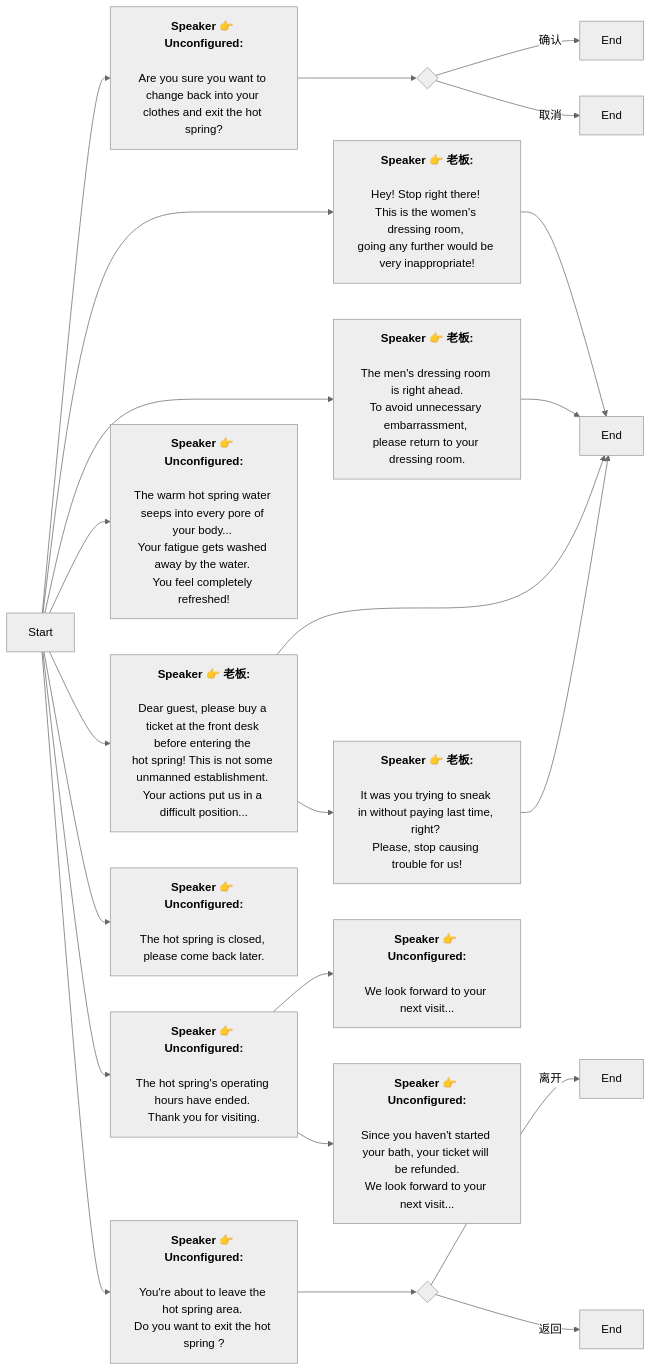
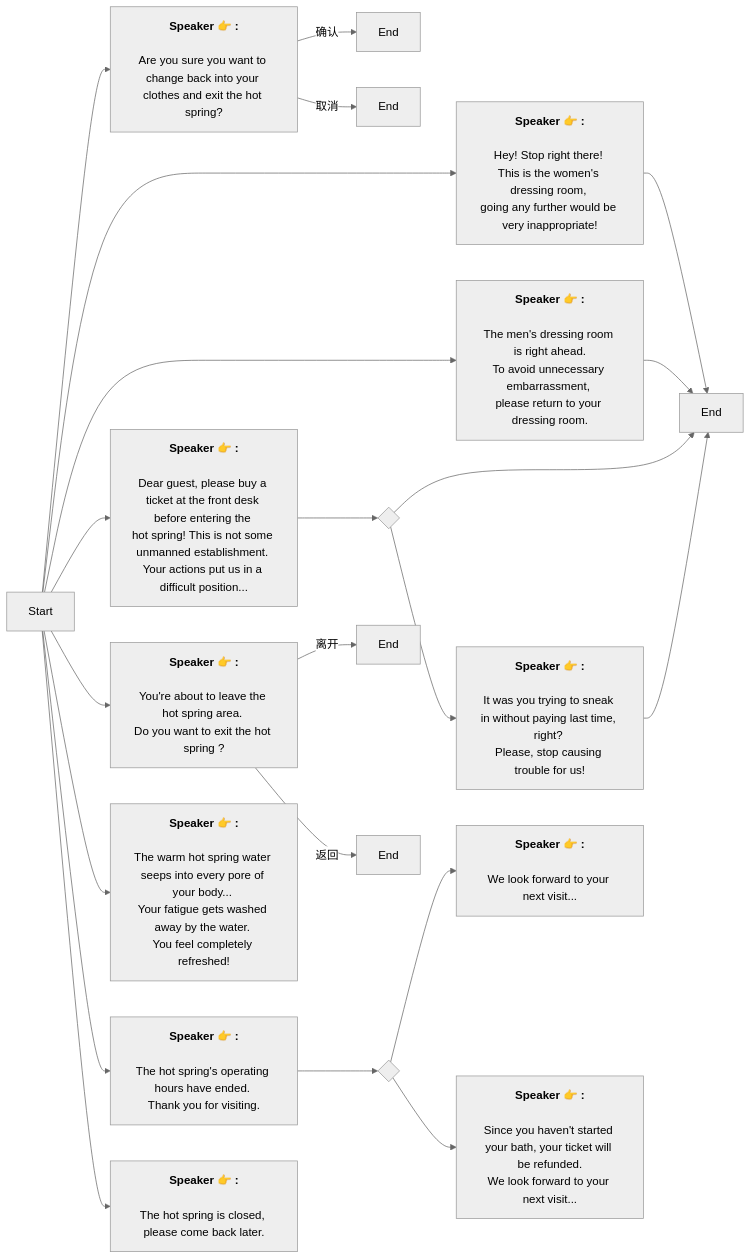
One commit to SoftHu/tos_avg changed the diagram in Zh/HotSpringTip.md. Above: the diagram before and after it, drawn with Mermaid (neutral theme). The commit also changed 737 other files, not shown here.

````diff
--- a/Zh/HotSpringTip.md
+++ b/Zh/HotSpringTip.md
@@ -1,60 +1,48 @@
 ```mermaid
 graph LR
-Start -->1766836454846372[<b>Speaker 👉 Unconfigured:</b>
-
-Are you sure you want to change back into your 
+Start -->1766836454846372[<b>Speaker 👉 :</b>
+\nAre you sure you want to change back into your 
 clothes and exit the hot spring?]
-1766836454846372 -->1766836545220517{ }
-1766836545220517 -->|确认|1766836562522026[End]
-1766836545220517 -->|取消|1766836566630315[End]
-Start -->1766852287585140[<b>Speaker 👉 老板:</b>
-
-Hey! Stop right there! 
+1766836454846372 -->|确认|1766836562522026[End]
+1766836454846372 -->|取消|1766836566630315[End]
+Start -->1766852287585140[<b>Speaker 👉 :</b>
+\nHey! Stop right there! 
 This is the women's dressing room, 
 going any further would be very inappropriate!]
 1766852287585140 -->1766852287585141[End]
-Start -->1766852287586167[<b>Speaker 👉 老板:</b>
-
-The men's dressing room is right ahead.
+Start -->1766852287586167[<b>Speaker 👉 :</b>
+\nThe men's dressing room is right ahead.
 To avoid unnecessary embarrassment, 
 please return to your dressing room.]
 1766852287586167 -->1766852287585141[End]
-Start -->1766852287587193[<b>Speaker 👉 老板:</b>
-
-Dear guest, please buy a ticket at the front desk before entering the 
+Start -->1766852287587193[<b>Speaker 👉 :</b>
+\nDear guest, please buy a ticket at the front desk before entering the 
 hot spring! This is not some unmanned establishment. 
 Your actions put us in a difficult position...]
-1766852287587193 -->1766852287585141[End]
-1766852287587193 -->1767554932649846[<b>Speaker 👉 老板:</b>
-
-It was you trying to sneak in without paying last time, right? 
+1766852287587193 -->1767554785504117{ }
+1767554785504117 -->1766852287585141[End]
+1767554785504117 -->1767554932649846[<b>Speaker 👉 :</b>
+\nIt was you trying to sneak in without paying last time, right? 
 Please, stop causing trouble for us!]
 1767554932649846 -->1766852287585141[End]
-Start -->1766918374598516[<b>Speaker 👉 Unconfigured:</b>
-
-You're about to leave the hot spring area. 
+Start -->1766918374598516[<b>Speaker 👉 :</b>
+\nYou're about to leave the hot spring area. 
 Do you want to exit the hot spring ?]
-1766918374598516 -->1766918444977013{ }
-1766918444977013 -->|离开|1766918461645690[End]
-1766918444977013 -->|返回|1766918461645691[End]
-Start -->1767362903380854[<b>Speaker 👉 Unconfigured:</b>
-
-The warm hot spring water seeps into every pore of your body... 
+1766918374598516 -->|离开|1766918461645690[End]
+1766918374598516 -->|返回|1766918461645691[End]
+Start -->1767362903380854[<b>Speaker 👉 :</b>
+\nThe warm hot spring water seeps into every pore of your body... 
 Your fatigue gets washed away by the water. 
 You feel completely refreshed!]
-Start -->1767390022138742[<b>Speaker 👉 Unconfigured:</b>
+Start -->1767390022138742[<b>Speaker 👉 :</b>
+\nThe hot spring's operating hours have ended. 
+Thank you for visiting.]
+1767390022138742 -->1767393902223221{ }
+1767393902223221 -->1767393921749878[<b>Speaker 👉 :</b>
+\nWe look forward to your next visit...]
+1767393902223221 -->1767393960097655[<b>Speaker 👉 :</b>
+\nSince you haven't started your bath, your ticket will be refunded.\nWe look forward to your next visit...]
+Start -->1767391865579382[<b>Speaker 👉 :</b>
+\nThe hot spring is closed, please come back later.]
 
-The hot spring's operating hours have ended. 
-Thank you for visiting.]
-1767390022138742 -->1767393921749878[<b>Speaker 👉 Unconfigured:</b>
-
-We look forward to your next visit...]
-1767390022138742 -->1767393960097655[<b>Speaker 👉 Unconfigured:</b>
-
-Since you haven't started your bath, your ticket will be refunded.
-We look forward to your next visit...]
-Start -->1767391865579382[<b>Speaker 👉 Unconfigured:</b>
-
-The hot spring is closed, please come back later.]
-
- ```
+```
````
